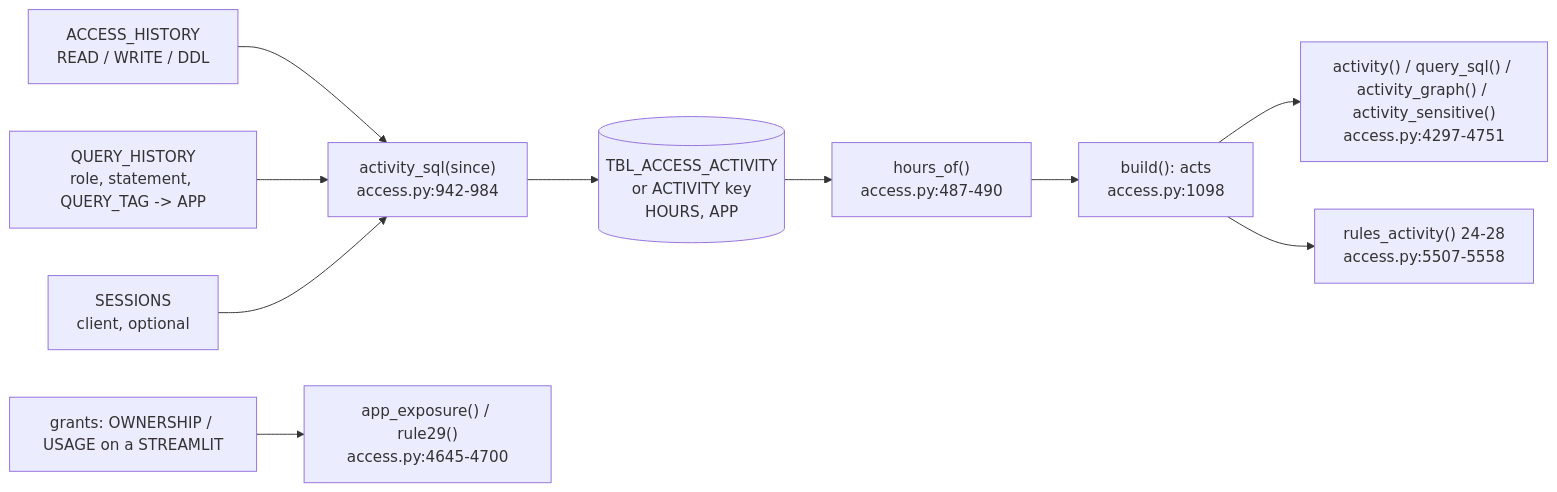
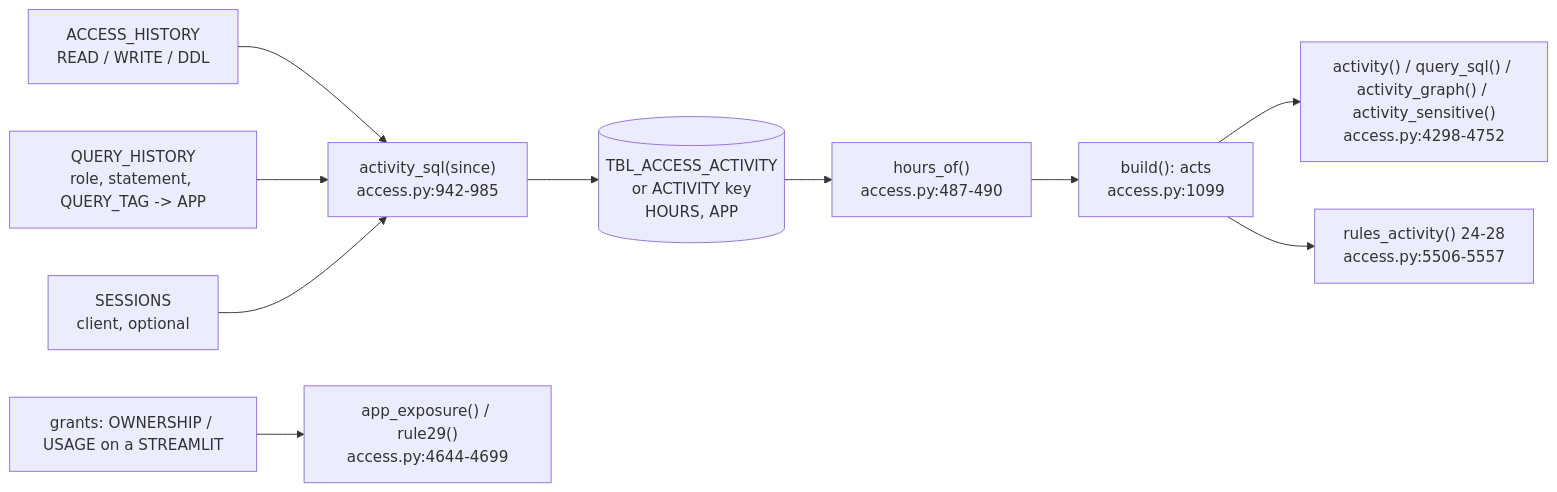
Before and after one commit to darshanmeel/snowflake-access-explorer: the diagram in snowflake-access-explorer-knowledge-graph/logic/activity.md, drawn with Mermaid. The commit also changed other lines of this file and 67 other files, not shown here.

Commit message:
Knowledge graph: QUERY_TAG and STREAMLIT_APP settings, run_sql.py fallback, access.py line refs after 4386 corrected

````diff
--- a/snowflake-access-explorer-knowledge-graph/logic/activity.md
+++ b/snowflake-access-explorer-knowledge-graph/logic/activity.md
@@ -6,12 +6,12 @@
 ```mermaid
 flowchart LR
-  AH[ACCESS_HISTORY<br/>READ / WRITE / DDL] --> SQLA["activity_sql(since)<br/>access.py:942-984"]
+  AH[ACCESS_HISTORY<br/>READ / WRITE / DDL] --> SQLA["activity_sql(since)<br/>access.py:942-985"]
   QH[QUERY_HISTORY<br/>role, statement, QUERY_TAG -> APP] --> SQLA
   SE[SESSIONS<br/>client, optional] --> SQLA
   SQLA --> T[(TBL_ACCESS_ACTIVITY<br/>or ACTIVITY key<br/>HOURS, APP)]
   T --> HO["hours_of()<br/>access.py:487-490"]
-  HO --> ACTS["build(): acts<br/>access.py:1098"]
-  ACTS --> TAB["activity() / query_sql() / activity_graph() / activity_sensitive()<br/>access.py:4297-4751"]
-  ACTS --> R["rules_activity() 24-28<br/>access.py:5507-5558"]
-  G[grants: OWNERSHIP / USAGE on a STREAMLIT] --> AX["app_exposure() / rule29()<br/>access.py:4645-4700"]
+  HO --> ACTS["build(): acts<br/>access.py:1099"]
+  ACTS --> TAB["activity() / query_sql() / activity_graph() / activity_sensitive()<br/>access.py:4298-4752"]
+  ACTS --> R["rules_activity() 24-28<br/>access.py:5506-5557"]
+  G[grants: OWNERSHIP / USAGE on a STREAMLIT] --> AX["app_exposure() / rule29()<br/>access.py:4644-4699"]
 ```
````
